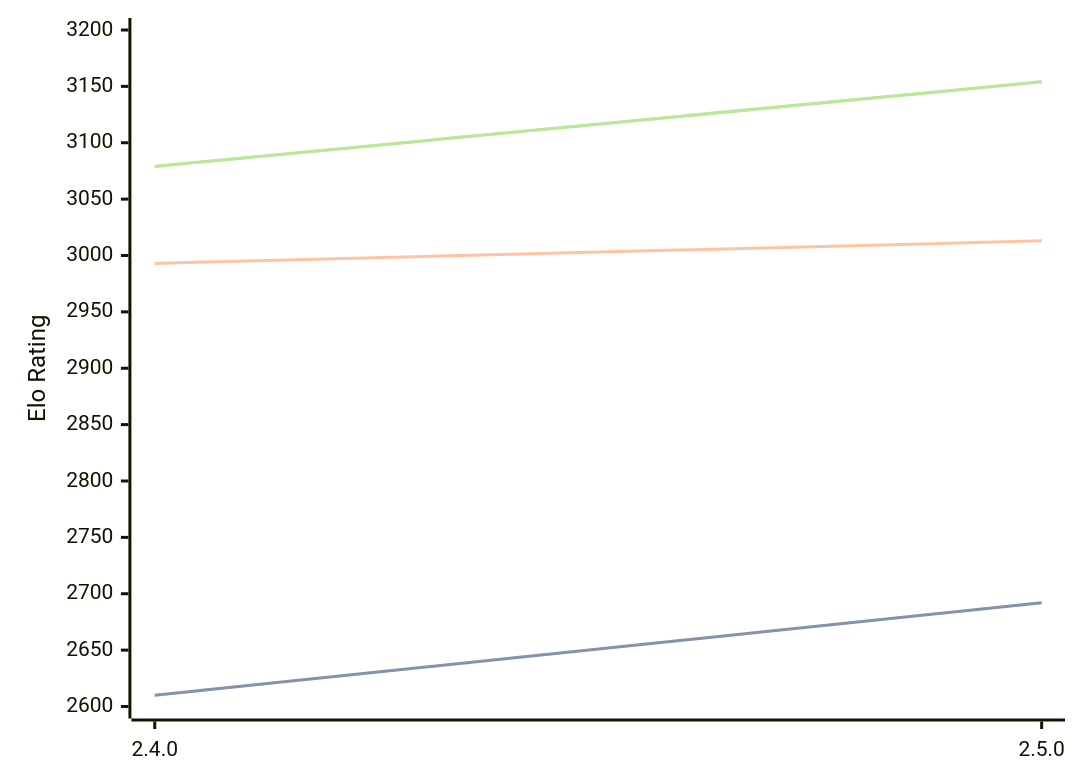
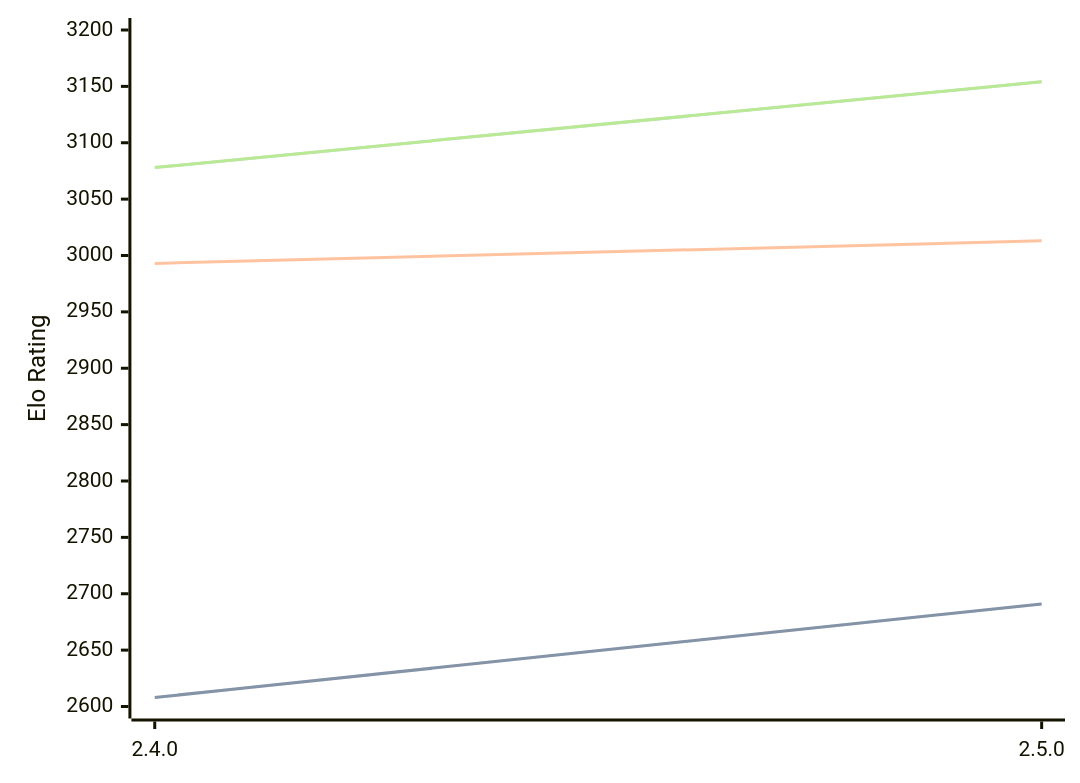
The first of 3 diagrams in engines/Sturddle2.md (computer-chess-index/cci), drawn with Mermaid before and after one commit. The commit also changed other lines of this file, not shown here.

Commit message:
Update CCI Ratings (ELO VLTC) - 2026-06-27

````diff
--- a/engines/Sturddle2.md
+++ b/engines/Sturddle2.md
@@ -37,11 +37,11 @@
 ```mermaid
 %%{init: {"theme":"base","themeVariables":{"seriesColors:['#a3a3a3','#222221','#faa371']}}}%%
 xychart-beta
   x-axis ["2.4.0", "2.5.0"]
   y-axis "Elo Rating" 2600 --> 3200
-  line "STC (8.0+0.08s)" [2610, 2692]
-  line "STC (8.0+0.08s)" [2610, 2692]
+  line "STC (8.0+0.08s)" [2608, 2691]
+  line "STC (8.0+0.08s)" [2608, 2691]
   line "LTC (60.0+0.60s)" [2993, 3013]
-  line "VLTC (2m24s+1.12s)" [3079, 3154]
-  line "VLTC (2m24s+1.12s)" [3079, 3154]
+  line "VLTC (2m24s+1.12s)" [3078, 3154]
+  line "VLTC (2m24s+1.12s)" [3078, 3154]
 ```
````
